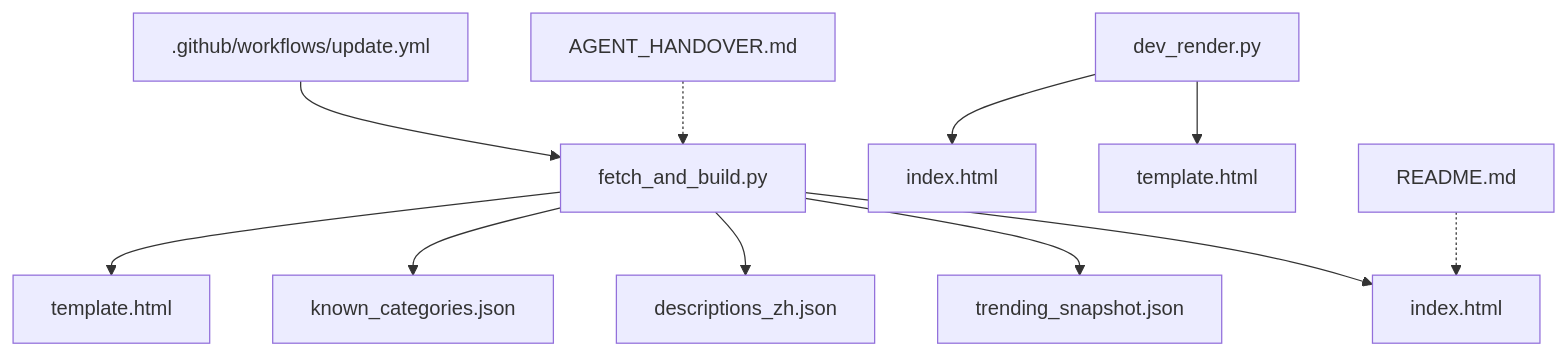
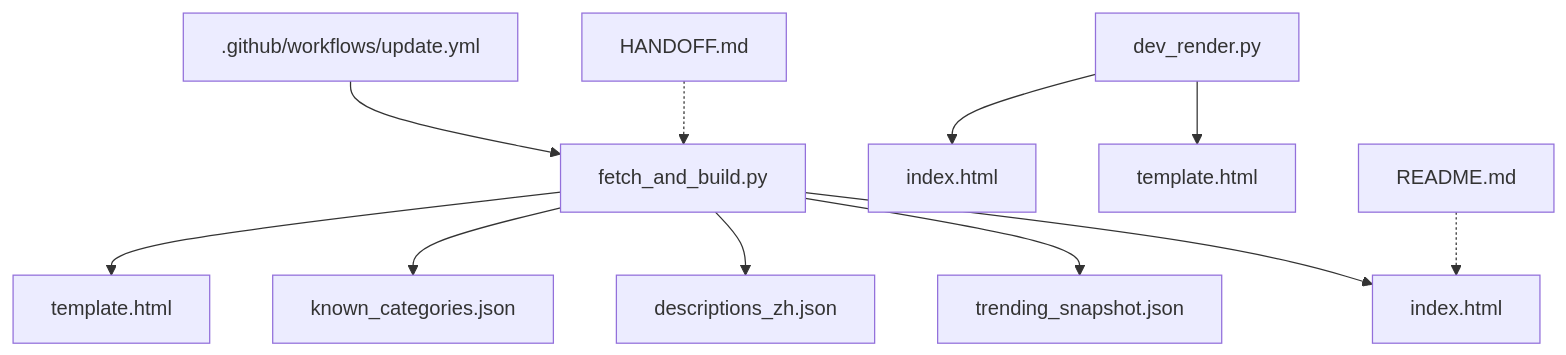
One commit to Kwei168/starhub changed the first of 6 diagrams in .qoder/repowiki/zh/content/开发者指南.md. Above: the diagram before and after it, drawn with Mermaid. The commit also changed other lines of this file and 18 other files, not shown here.

Commit message:
docs: sync StarHub Wiki architecture

````diff
--- a/.qoder/repowiki/zh/content/开发者指南.md
+++ b/.qoder/repowiki/zh/content/开发者指南.md
@@ -45,13 +73,13 @@
 ```mermaid
 graph TB
 A["fetch_and_build.py"] --> B["template.html"]
 A --> C["known_categories.json"]
 A --> D["descriptions_zh.json"]
 A --> E["trending_snapshot.json"]
 A --> F["index.html"]
 G["dev_render.py"] --> H["index.html"]
 G --> I["template.html"]
 J[".github/workflows/update.yml"] --> A
 K["README.md"] -.-> F
-L["AGENT_HANDOVER.md"] -.-> A
+L["HANDOFF.md"] -.-> A
 ```
````
